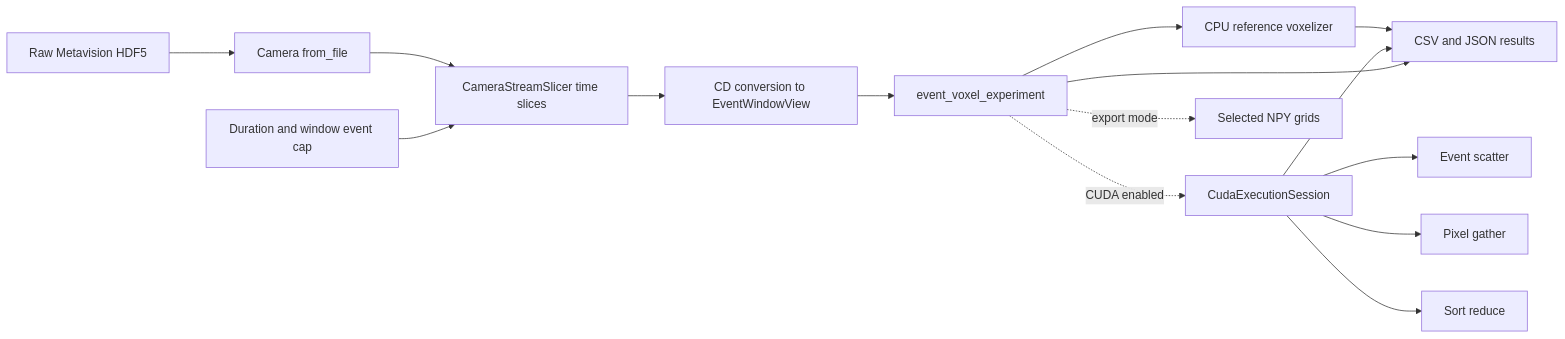
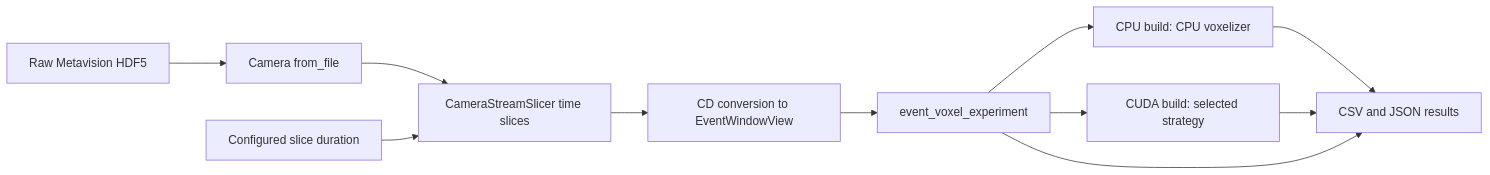
The diagram in docs/architecture.md (kracunovic92/Eventcamera-voxel-cuda), drawn with Mermaid before and after one commit. The commit also changed other lines of this file and 23 other files, not shown here.

````diff
--- a/docs/architecture.md
+++ b/docs/architecture.md
@@ -6,17 +6,13 @@
 ```mermaid
 flowchart LR
     H[Raw Metavision HDF5] --> R[Camera from_file]
     R --> W[CameraStreamSlicer time slices]
-    WC[Duration and window event cap] --> W
+    D[Configured slice duration] --> W
     W --> V[CD conversion to EventWindowView]
     V --> X[event_voxel_experiment]
-    X --> C[CPU reference voxelizer]
-    X -. CUDA enabled .-> G[CudaExecutionSession]
-    G --> ES[Event scatter]
-    G --> PG[Pixel gather]
-    G --> SO[Sort reduce]
+    X --> C[CPU build: CPU voxelizer]
+    X --> G[CUDA build: selected strategy]
     C --> O[CSV and JSON results]
     G --> O
     X --> O
-    X -. export mode .-> N[Selected NPY grids]
 ```
````
